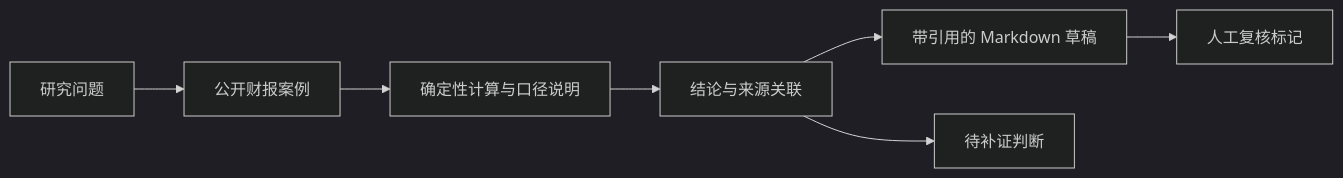
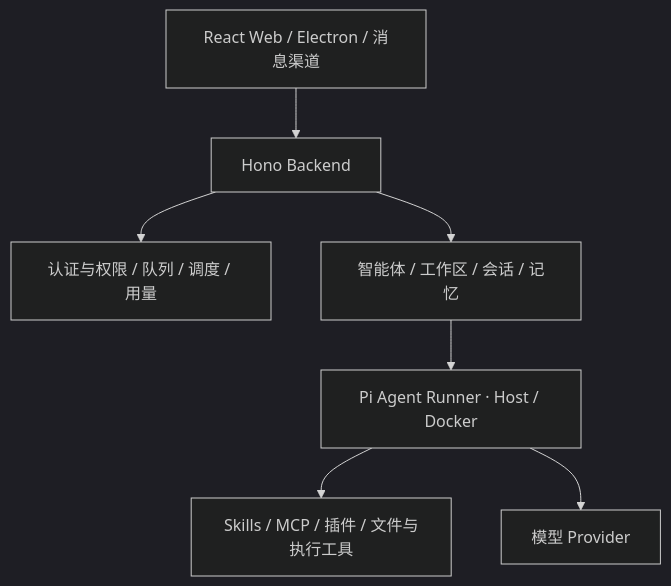
Before and after one commit to yetuge/fintrace: the diagram in README.md, drawn with Mermaid (dark theme). The commit also changed other lines of this file and 44 other files, not shown here.

````diff
--- a/README.md
+++ b/README.md
@@ -68,9 +79,9 @@
 ```mermaid
-flowchart LR
-    Q[研究问题] --> S[公开财报案例]
-    S --> C[确定性计算与口径说明]
-    C --> E[结论与来源关联]
-    E --> R[带引用的 Markdown 草稿]
-    E --> U[待补证判断]
-    R --> H[人工复核标记]
+flowchart TD
+    Entry[React Web / Electron / 消息渠道] --> Backend[Hono Backend]
+    Backend --> Control[认证与权限 / 队列 / 调度 / 用量]
+    Backend --> Context[智能体 / 工作区 / 会话 / 记忆]
+    Context --> Runner[Pi Agent Runner · Host / Docker]
+    Runner --> Tools[Skills / MCP / 插件 / 文件与执行工具]
+    Runner --> Models[模型 Provider]
 ```
````
